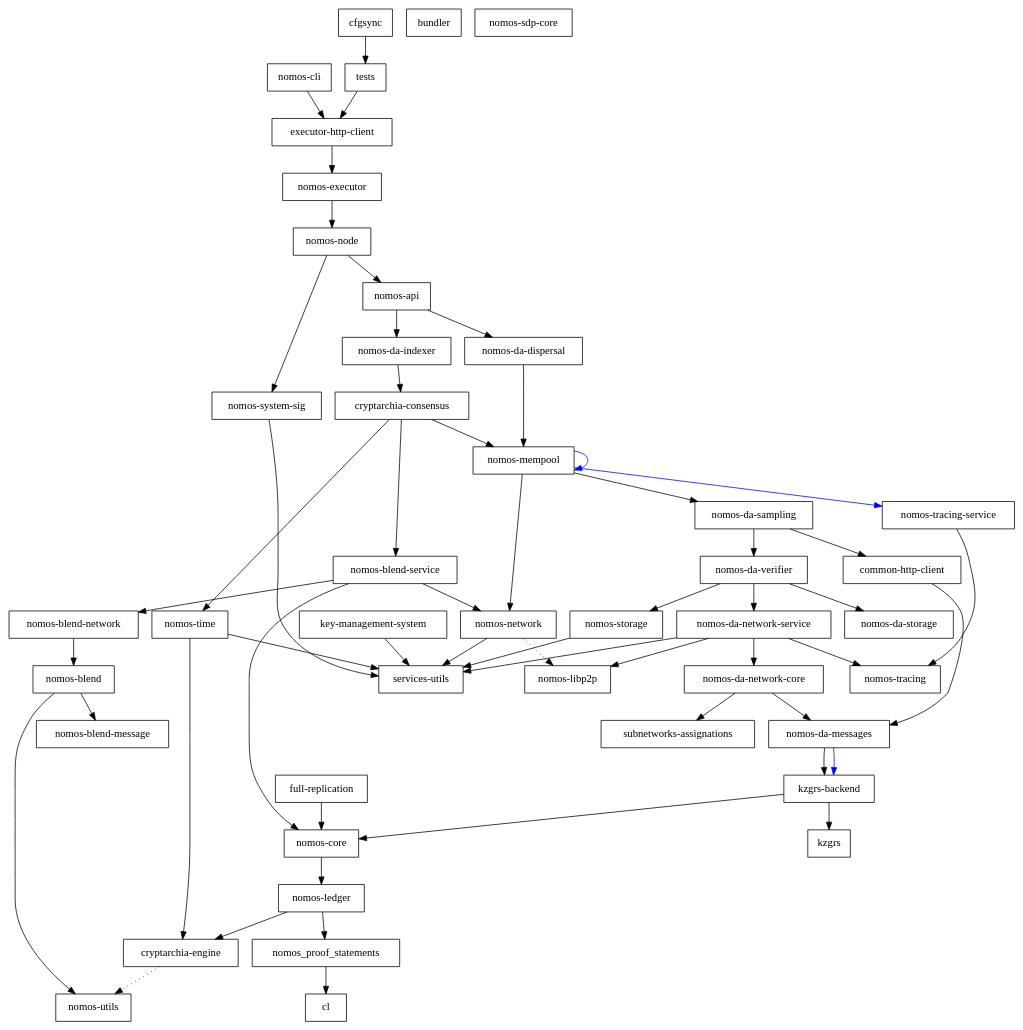
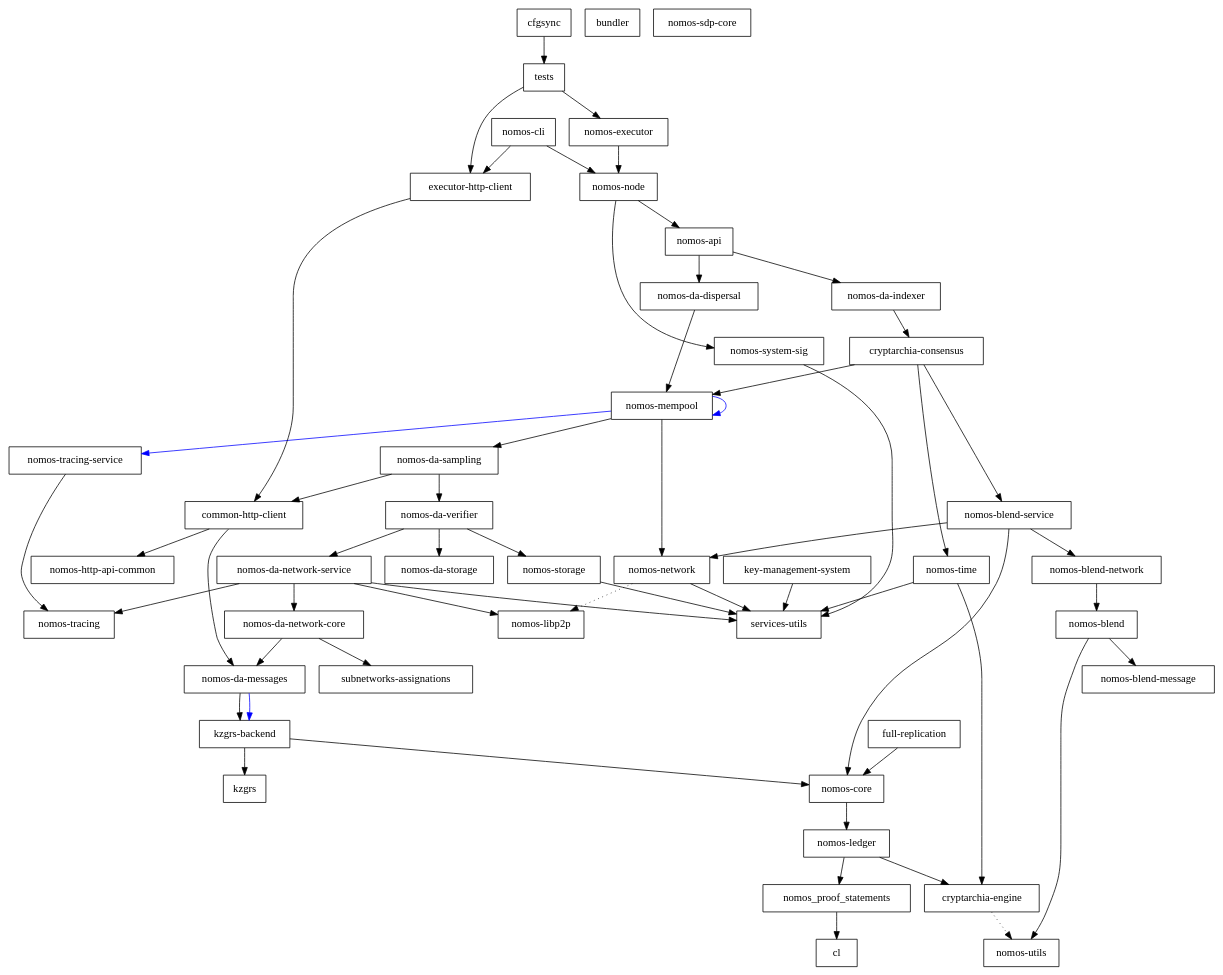
The diagram in dependencies_graph.dot (Astro521/logos-blockchain), drawn with Graphviz before and after one commit. The commit also changed 36 other files, not shown here.

```diff
--- a/dependencies_graph.dot
+++ b/dependencies_graph.dot
@@ -1,99 +1,103 @@
 digraph {
-    0 [ label = "common-http-client" shape = box]
-    1 [ label = "nomos-core" shape = box]
-    2 [ label = "cl" shape = box]
-    3 [ label = "cryptarchia-engine" shape = box]
-    4 [ label = "nomos-utils" shape = box]
-    5 [ label = "nomos-ledger" shape = box]
-    6 [ label = "nomos_proof_statements" shape = box]
-    7 [ label = "nomos-da-messages" shape = box]
-    8 [ label = "kzgrs-backend" shape = box]
-    9 [ label = "kzgrs" shape = box]
-    10 [ label = "executor-http-client" shape = box]
-    11 [ label = "nomos-executor" shape = box]
-    12 [ label = "nomos-api" shape = box]
-    13 [ label = "cryptarchia-consensus" shape = box]
-    14 [ label = "nomos-blend-service" shape = box]
-    15 [ label = "nomos-blend" shape = box]
-    16 [ label = "nomos-blend-message" shape = box]
-    17 [ label = "nomos-blend-network" shape = box]
-    18 [ label = "nomos-libp2p" shape = box]
-    19 [ label = "nomos-network" shape = box]
-    20 [ label = "services-utils" shape = box]
-    21 [ label = "nomos-da-sampling" shape = box]
+    0 [ label = "cryptarchia-engine" shape = box]
+    1 [ label = "nomos-utils" shape = box]
+    2 [ label = "nomos-ledger" shape = box]
+    3 [ label = "cl" shape = box]
+    4 [ label = "nomos_proof_statements" shape = box]
+    5 [ label = "nomos-http-api-common" shape = box]
+    6 [ label = "nomos-executor" shape = box]
+    7 [ label = "kzgrs-backend" shape = box]
+    8 [ label = "kzgrs" shape = box]
+    9 [ label = "nomos-core" shape = box]
+    10 [ label = "nomos-api" shape = box]
+    11 [ label = "cryptarchia-consensus" shape = box]
+    12 [ label = "nomos-blend-service" shape = box]
+    13 [ label = "nomos-blend" shape = box]
+    14 [ label = "nomos-blend-message" shape = box]
+    15 [ label = "nomos-blend-network" shape = box]
+    16 [ label = "nomos-libp2p" shape = box]
+    17 [ label = "nomos-network" shape = box]
+    18 [ label = "services-utils" shape = box]
+    19 [ label = "nomos-da-sampling" shape = box]
+    20 [ label = "common-http-client" shape = box]
+    21 [ label = "nomos-da-messages" shape = box]
     22 [ label = "nomos-da-network-core" shape = box]
     23 [ label = "subnetworks-assignations" shape = box]
     24 [ label = "nomos-da-network-service" shape = box]
     25 [ label = "nomos-tracing" shape = box]
     26 [ label = "nomos-da-storage" shape = box]
     27 [ label = "nomos-da-verifier" shape = box]
     28 [ label = "nomos-storage" shape = box]
     29 [ label = "nomos-mempool" shape = box]
     30 [ label = "nomos-tracing-service" shape = box]
     31 [ label = "nomos-time" shape = box]
     32 [ label = "nomos-da-dispersal" shape = box]
     33 [ label = "nomos-da-indexer" shape = box]
     34 [ label = "nomos-node" shape = box]
     35 [ label = "nomos-system-sig" shape = box]
-    36 [ label = "bundler" shape = box]
-    37 [ label = "nomos-cli" shape = box]
-    38 [ label = "full-replication" shape = box]
-    39 [ label = "nomos-sdp-core" shape = box]
-    40 [ label = "key-management-system" shape = box]
-    41 [ label = "cfgsync" shape = box]
-    42 [ label = "tests" shape = box]
-    0 -> 7 [ ]
-    1 -> 5 [ ]
-    3 -> 4 [ style = dotted]
-    5 -> 3 [ ]
-    5 -> 6 [ ]
-    6 -> 2 [ ]
+    36 [ label = "executor-http-client" shape = box]
+    37 [ label = "bundler" shape = box]
+    38 [ label = "nomos-cli" shape = box]
+    39 [ label = "full-replication" shape = box]
+    40 [ label = "nomos-sdp-core" shape = box]
+    41 [ label = "key-management-system" shape = box]
+    42 [ label = "cfgsync" shape = box]
+    43 [ label = "tests" shape = box]
+    0 -> 1 [ style = dotted]
+    2 -> 0 [ ]
+    2 -> 4 [ ]
+    4 -> 3 [ ]
+    6 -> 34 [ ]
     7 -> 8 [ ]
-    7 -> 8 [ color = blue]
-    8 -> 9 [ ]
-    8 -> 1 [ ]
-    10 -> 11 [ ]
-    11 -> 34 [ ]
-    12 -> 32 [ ]
-    12 -> 33 [ ]
+    7 -> 9 [ ]
+    9 -> 2 [ ]
+    10 -> 32 [ ]
+    10 -> 33 [ ]
+    11 -> 12 [ ]
+    11 -> 29 [ ]
+    11 -> 31 [ ]
+    12 -> 15 [ ]
+    12 -> 9 [ ]
+    12 -> 17 [ ]
     13 -> 14 [ ]
-    13 -> 29 [ ]
-    13 -> 31 [ ]
-    14 -> 17 [ ]
-    14 -> 1 [ ]
-    14 -> 19 [ ]
-    15 -> 16 [ ]
-    15 -> 4 [ ]
-    17 -> 15 [ ]
-    19 -> 18 [ style = dotted]
+    13 -> 1 [ ]
+    15 -> 13 [ ]
+    17 -> 16 [ style = dotted]
+    17 -> 18 [ ]
     19 -> 20 [ ]
-    21 -> 0 [ ]
-    21 -> 27 [ ]
-    22 -> 7 [ ]
+    19 -> 27 [ ]
+    20 -> 21 [ ]
+    20 -> 5 [ ]
+    21 -> 7 [ ]
+    21 -> 7 [ color = blue]
+    22 -> 21 [ ]
     22 -> 23 [ ]
     24 -> 22 [ ]
+    24 -> 16 [ ]
+    24 -> 25 [ ]
     24 -> 18 [ ]
-    24 -> 25 [ ]
-    24 -> 20 [ ]
     27 -> 24 [ ]
     27 -> 26 [ ]
     27 -> 28 [ ]
-    28 -> 20 [ ]
-    29 -> 21 [ ]
+    28 -> 18 [ ]
+    29 -> 19 [ ]
     29 -> 29 [ color = blue]
-    29 -> 19 [ ]
+    29 -> 17 [ ]
     29 -> 30 [ color = blue]
     30 -> 25 [ ]
-    31 -> 3 [ ]
-    31 -> 20 [ ]
+    31 -> 0 [ ]
+    31 -> 18 [ ]
     32 -> 29 [ ]
-    33 -> 13 [ ]
-    34 -> 12 [ ]
+    33 -> 11 [ ]
+    34 -> 10 [ ]
     34 -> 35 [ ]
-    35 -> 20 [ ]
-    37 -> 10 [ ]
-    38 -> 1 [ ]
-    40 -> 20 [ ]
-    41 -> 42 [ ]
-    42 -> 10 [ ]
+    35 -> 18 [ ]
+    36 -> 20 [ ]
+    38 -> 36 [ ]
+    38 -> 34 [ ]
+    39 -> 9 [ ]
+    41 -> 18 [ ]
+    42 -> 43 [ ]
+    43 -> 36 [ ]
+    43 -> 6 [ ]
 }
```
